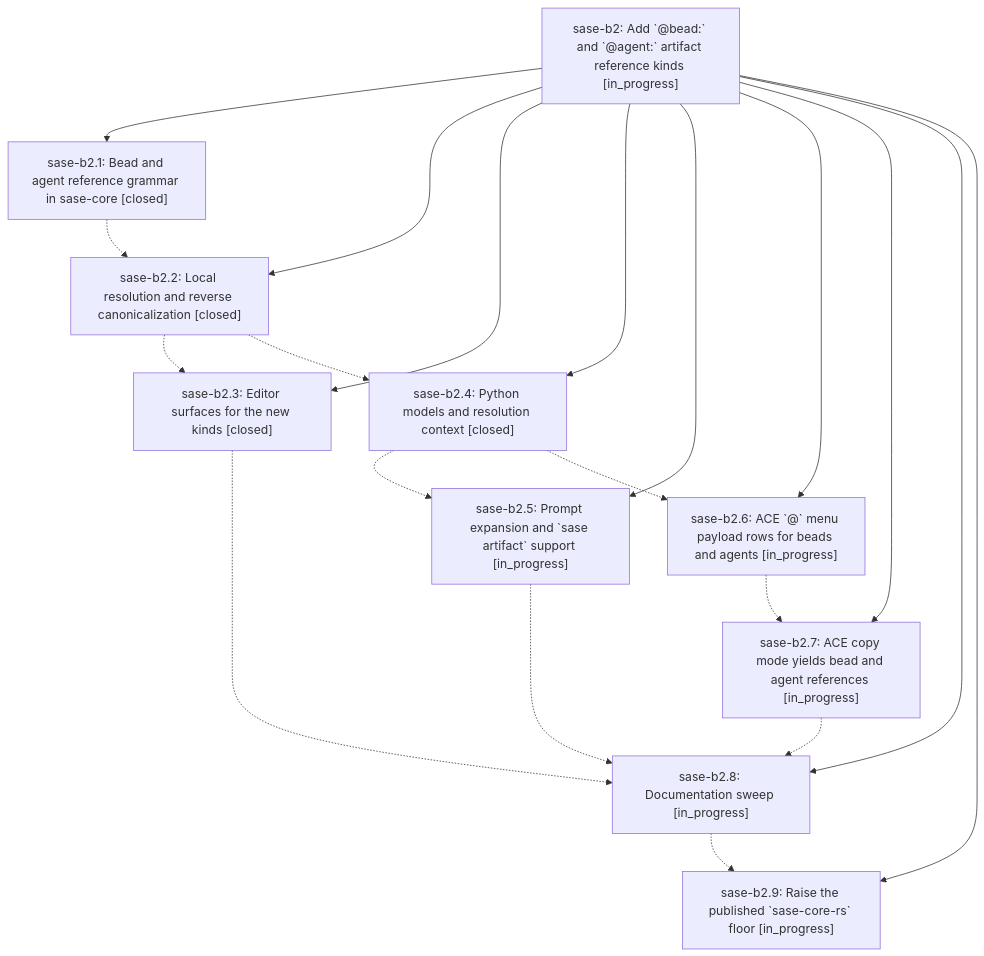
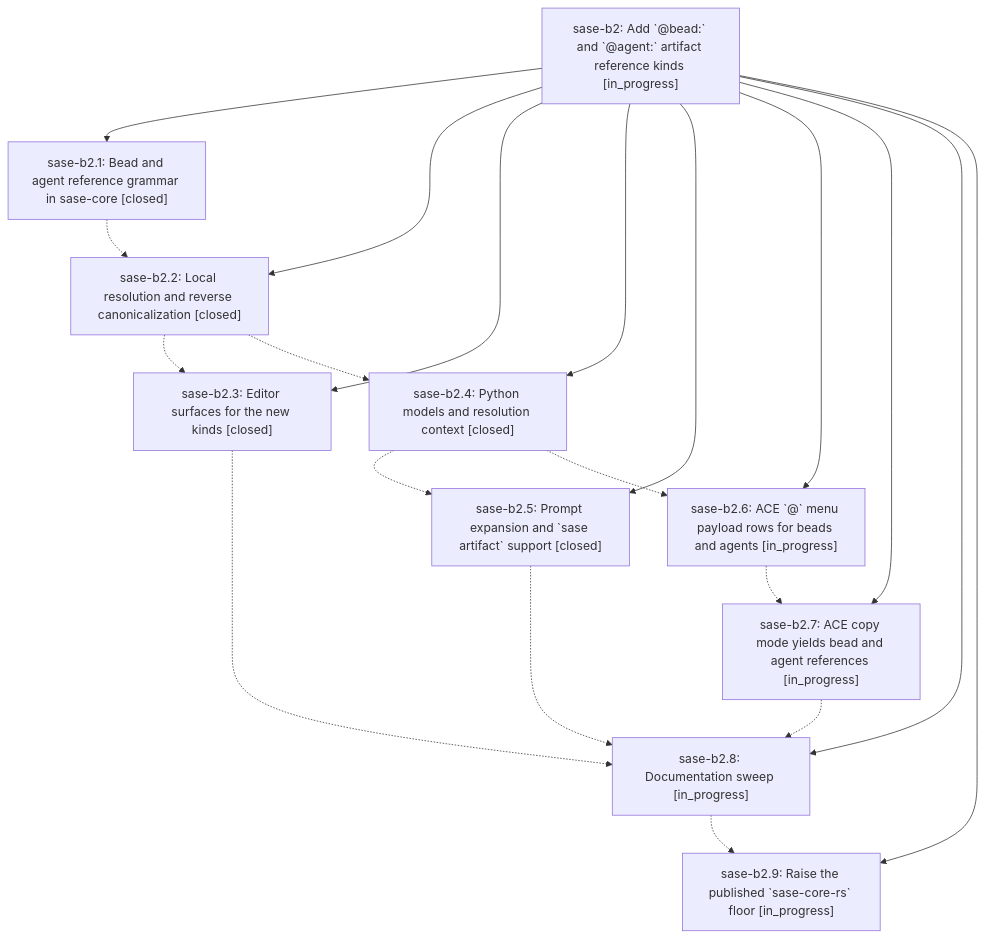
Before and after one commit to sase-org/sase--beads: the diagram in pages/sase-b2/README.md, drawn with Mermaid. The commit also changed other lines of this file and 3 other files, not shown here.

````diff
--- a/pages/sase-b2/README.md
+++ b/pages/sase-b2/README.md
@@ -30,32 +30,32 @@
 ```mermaid
 flowchart TD
     n0["sase-b2: Add `@bead:` and `@agent:` artifact reference kinds [in_progress]"]
     n1["sase-b2.1: Bead and agent reference grammar in sase-core [closed]"]
     n2["sase-b2.2: Local resolution and reverse canonicalization [closed]"]
     n3["sase-b2.3: Editor surfaces for the new kinds [closed]"]
     n4["sase-b2.4: Python models and resolution context [closed]"]
-    n5["sase-b2.5: Prompt expansion and `sase artifact` support [in_progress]"]
+    n5["sase-b2.5: Prompt expansion and `sase artifact` support [closed]"]
     n6["sase-b2.6: ACE `@` menu payload rows for beads and agents [in_progress]"]
     n7["sase-b2.7: ACE copy mode yields bead and agent references [in_progress]"]
     n8["sase-b2.8: Documentation sweep [in_progress]"]
     n9["sase-b2.9: Raise the published `sase-core-rs` floor [in_progress]"]
     n0 --> n1
     n0 --> n2
     n0 --> n3
     n0 --> n4
     n0 --> n5
     n0 --> n6
     n0 --> n7
     n0 --> n8
     n0 --> n9
     n1 -.-> n2
     n2 -.-> n3
     n2 -.-> n4
     n3 -.-> n8
     n4 -.-> n5
     n4 -.-> n6
     n5 -.-> n8
     n6 -.-> n7
     n7 -.-> n8
     n8 -.-> n9
 ```
````
